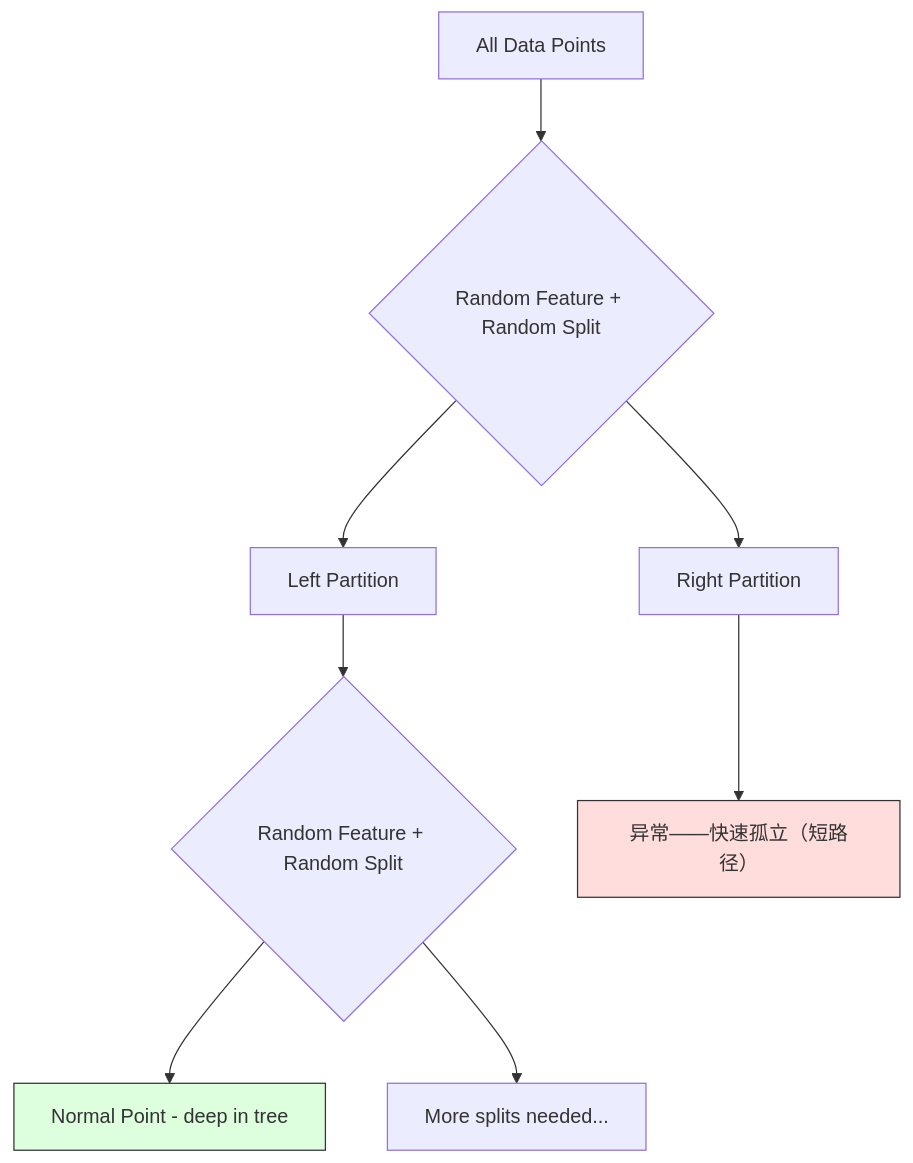
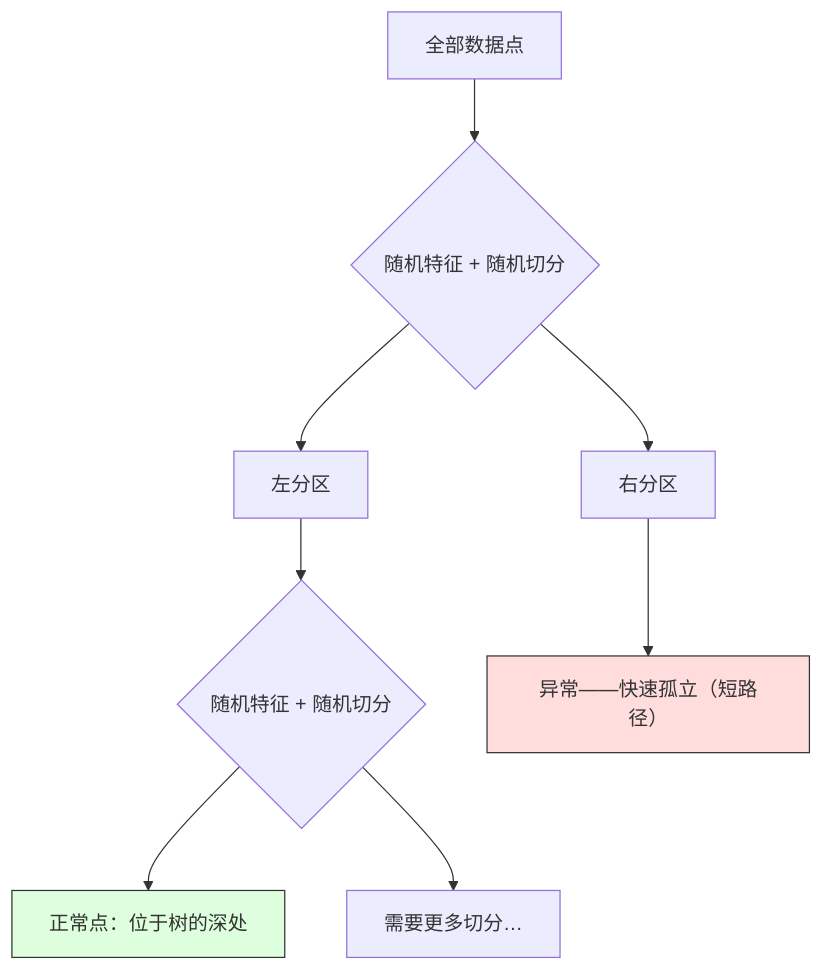
The second of 3 diagrams in content/translations/practice/02-ml-fundamentals/16-anomaly-detection/zh.md (huangyue12120/Learning-Atlas), drawn with Mermaid before and after one commit. The commit also changed other lines of this file and 24 other files, not shown here.

Commit message:
fix(reader): localize Mermaid in source content

````diff
--- a/content/translations/practice/02-ml-fundamentals/16-anomaly-detection/zh.md
+++ b/content/translations/practice/02-ml-fundamentals/16-anomaly-detection/zh.md
@@ -134,13 +134,13 @@
 ```mermaid
 flowchart TD
-    A[All Data Points] --> B{Random Feature + Random Split}
-    B --> C[Left Partition]
-    B --> D[Right Partition]
-    C --> E{Random Feature + Random Split}
-    E --> F[Normal Point - deep in tree]
-    E --> G[More splits needed...]
+    A[全部数据点] --> B{随机特征 + 随机切分}
+    B --> C[左分区]
+    B --> D[右分区]
+    C --> E{随机特征 + 随机切分}
+    E --> F[正常点：位于树的深处]
+    E --> G[需要更多切分…]
     D --> H["异常——快速孤立（短路径）"]
 
     style H fill:#fdd,stroke:#333
     style F fill:#dfd,stroke:#333
 ```
````
